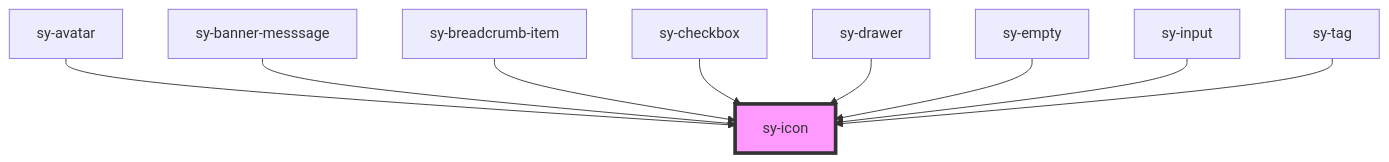
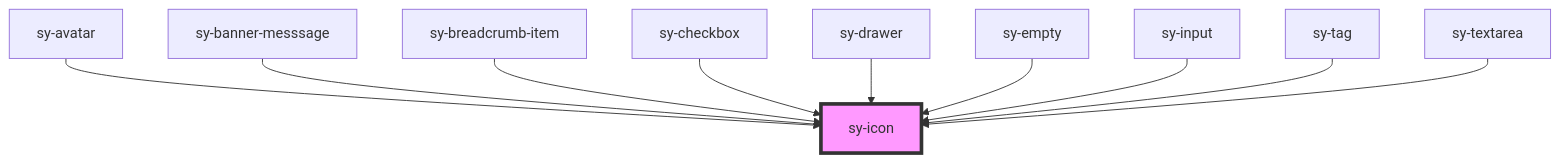
Before and after one commit to ksrae/saida-design-system-components: the diagram in design-system-light/src/components/icon/readme.md, drawn with Mermaid. The commit also changed other lines of this file and 7 other files, not shown here.

````diff
--- a/design-system-light/src/components/icon/readme.md
+++ b/design-system-light/src/components/icon/readme.md
@@ -38,12 +39,13 @@
 ```mermaid
 graph TD;
   sy-avatar --> sy-icon
   sy-banner-messsage --> sy-icon
   sy-breadcrumb-item --> sy-icon
   sy-checkbox --> sy-icon
   sy-drawer --> sy-icon
   sy-empty --> sy-icon
   sy-input --> sy-icon
   sy-tag --> sy-icon
+  sy-textarea --> sy-icon
   style sy-icon fill:#f9f,stroke:#333,stroke-width:4px
 ```
````
